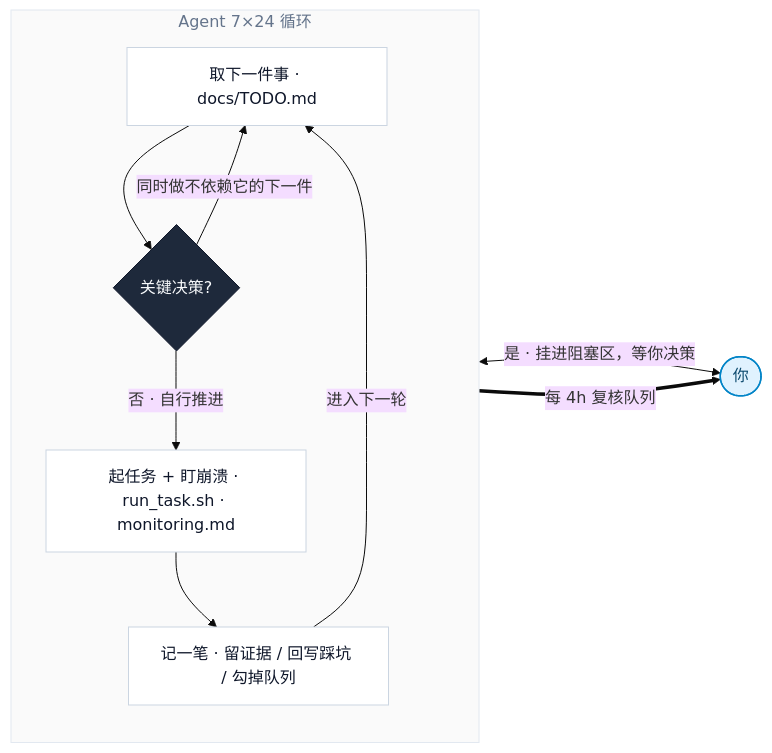
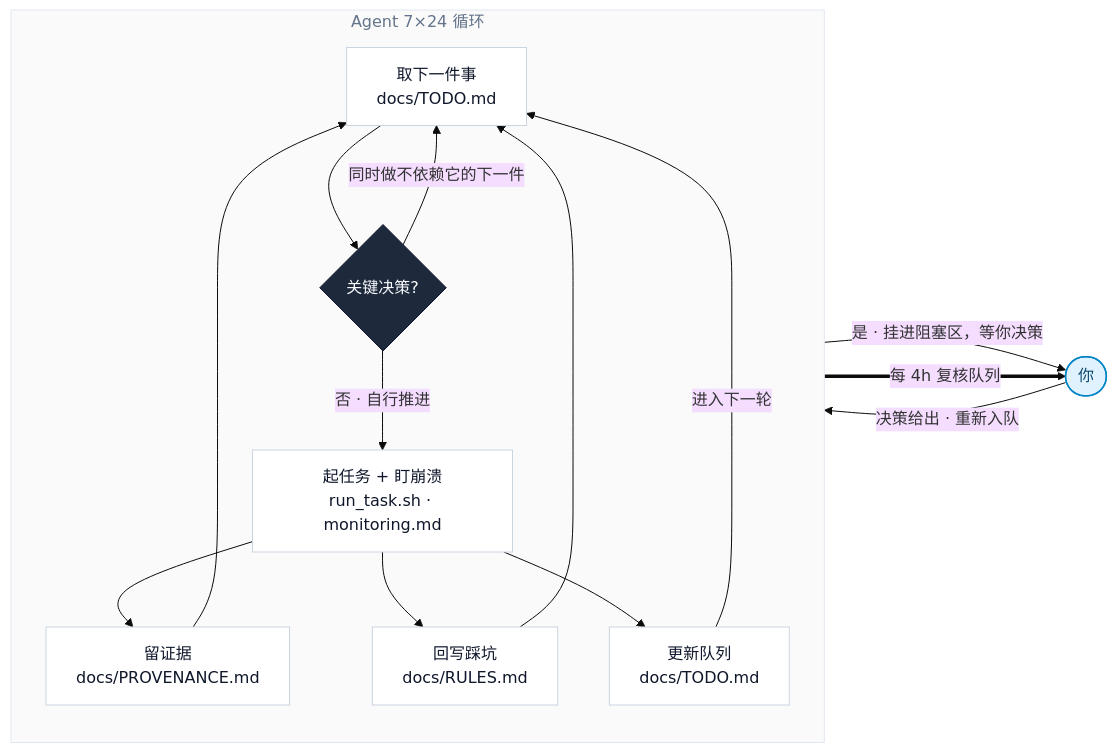
One commit to hashiruu/agent-experiment changed the diagram in README.md. Above: the diagram before and after it, drawn with Mermaid (base theme). The commit also changed 1 other file, not shown here.

Commit message:
Restore the record boxes and the missing edges

````diff
--- a/README.md
+++ b/README.md
@@ -22,25 +22,32 @@
 ```mermaid
 flowchart LR
     subgraph LOOP["Agent 7×24 循环"]
         direction TB
-        T1["取下一件事 · docs/TODO.md"]
+        T1["取下一件事<br/>docs/TODO.md"]
         D{"关键决策?"}
-        T2["起任务 + 盯崩溃 · run_task.sh · monitoring.md"]
-        T3["记一笔 · 留证据 / 回写踩坑 / 勾掉队列"]
+        T2["起任务 + 盯崩溃<br/>run_task.sh · monitoring.md"]
+        PV["留证据<br/>docs/PROVENANCE.md"]
+        RL["回写踩坑<br/>docs/RULES.md"]
+        TD["更新队列<br/>docs/TODO.md"]
         T1 --> D
         D -->|"否 · 自行推进"| T2
-        T2 --> T3
-        T3 -->|"进入下一轮"| T1
+        T2 --> PV
+        T2 --> RL
+        T2 --> TD
+        PV --> T1
+        RL --> T1
+        TD -->|"进入下一轮"| T1
         D -->|"同时做不依赖它的下一件"| T1
     end
-    D <-->|"是 · 挂进阻塞区，等你决策"| HU(["你"])
-    T3 ==>|"每 4h 复核队列"| HU
+    D -->|"是 · 挂进阻塞区，等你决策"| HU(["你"])
+    HU -->|"决策给出 · 重新入队"| T1
+    TD ==>|"每 4h 复核队列"| HU
 
     classDef step fill:#FFFFFF,stroke:#CBD5E1,stroke-width:1px,color:#0F172A
     classDef gate fill:#1E293B,stroke:#0F172A,stroke-width:1px,color:#F8FAFC
     classDef human fill:#E0F2FE,stroke:#0284C7,stroke-width:1.5px,color:#0C4A6E
-    class T1,T2,T3 step
+    class T1,T2,PV,RL,TD step
     class D gate
     class HU human
     style LOOP fill:#FAFAFA,stroke:#E2E8F0,color:#64748B
 ```
````
